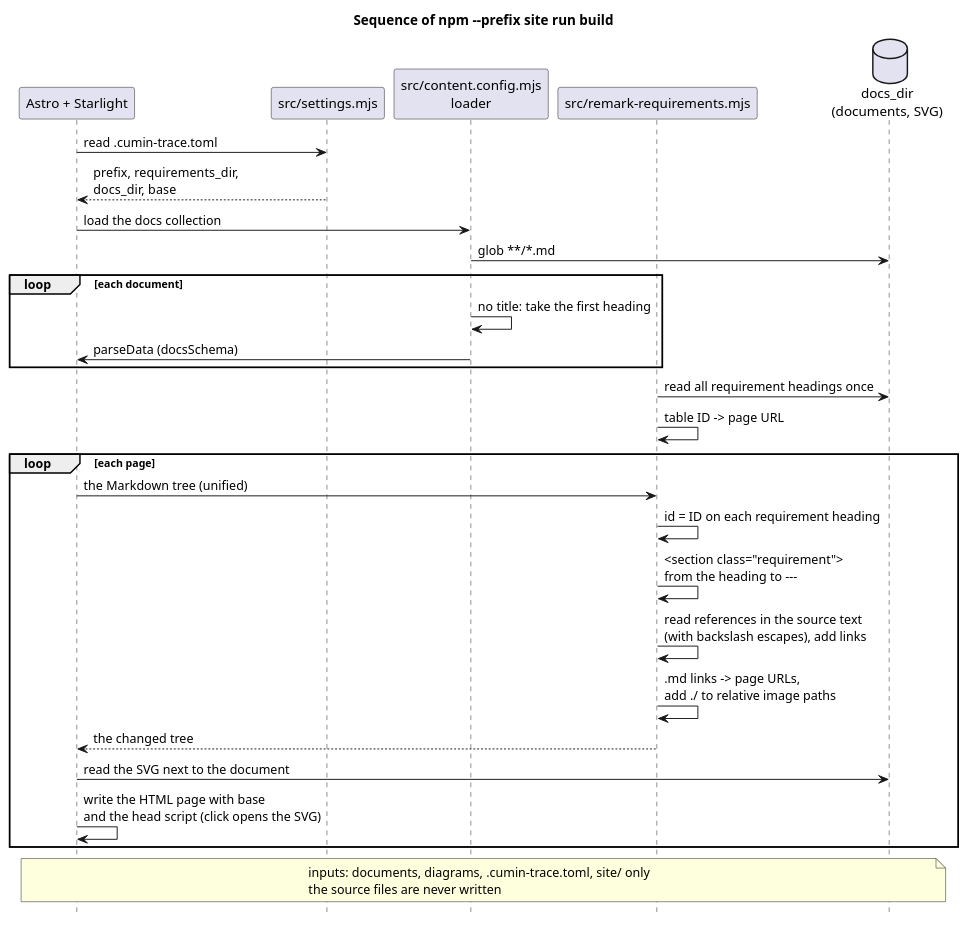
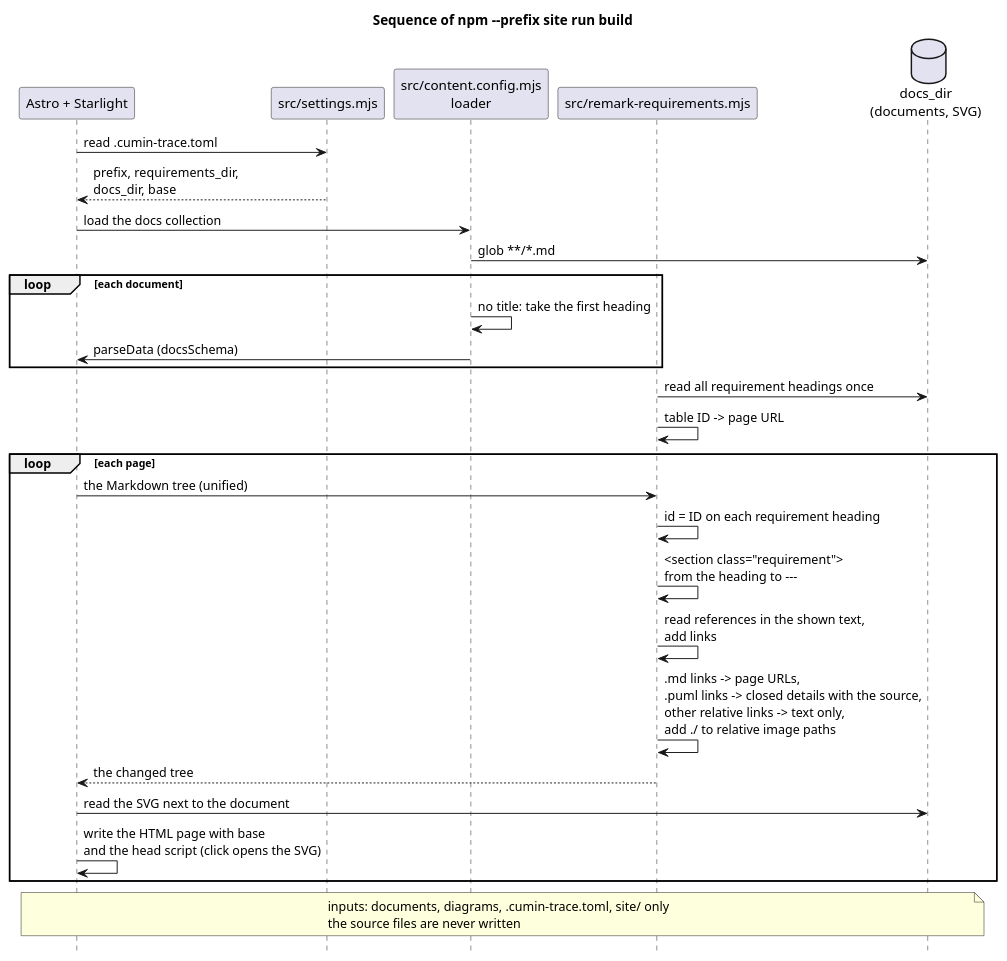
One commit to cloveclovedev/cumin-trace changed the diagram in docs/ja/designs/site/site-sequence.puml. Above: the diagram before and after it, drawn with PlantUML. The commit also changed 8 other files, not shown here.

First line of the commit message:
docs(designs): read ID references on the shown text and follow CTR-SITE-010

```diff
--- a/docs/ja/designs/site/site-sequence.puml
+++ b/docs/ja/designs/site/site-sequence.puml
@@ -1,37 +1,37 @@
 @startuml site-sequence
 title Sequence of npm --prefix site run build
 skinparam shadowing false
 hide footbox
 
 participant "Astro + Starlight" as astro
 participant "src/settings.mjs" as settings
 participant "src/content.config.mjs\nloader" as loader
 participant "src/remark-requirements.mjs" as remark
 database "docs_dir\n(documents, SVG)" as docs
 
 astro -> settings : read .cumin-trace.toml
 settings --> astro : prefix, requirements_dir,\ndocs_dir, base
 astro -> loader : load the docs collection
 loader -> docs : glob **/*.md
 loop each document
   loader -> loader : no title: take the first heading
   loader -> astro : parseData (docsSchema)
 end
 remark -> docs : read all requirement headings once
 remark -> remark : table ID -> page URL
 loop each page
   astro -> remark : the Markdown tree (unified)
   remark -> remark : id = ID on each requirement heading
   remark -> remark : <section class="requirement">\nfrom the heading to ---
-  remark -> remark : read references in the source text\n(with backslash escapes), add links
-  remark -> remark : .md links -> page URLs,\nadd ./ to relative image paths
+  remark -> remark : read references in the shown text,\nadd links
+  remark -> remark : .md links -> page URLs,\n.puml links -> closed details with the source,\nother relative links -> text only,\nadd ./ to relative image paths
   remark --> astro : the changed tree
   astro -> docs : read the SVG next to the document
   astro -> astro : write the HTML page with base\nand the head script (click opens the SVG)
 end
 
 note over astro, docs
   inputs: documents, diagrams, .cumin-trace.toml, site/ only
   the source files are never written
 end note
 @enduml
```
